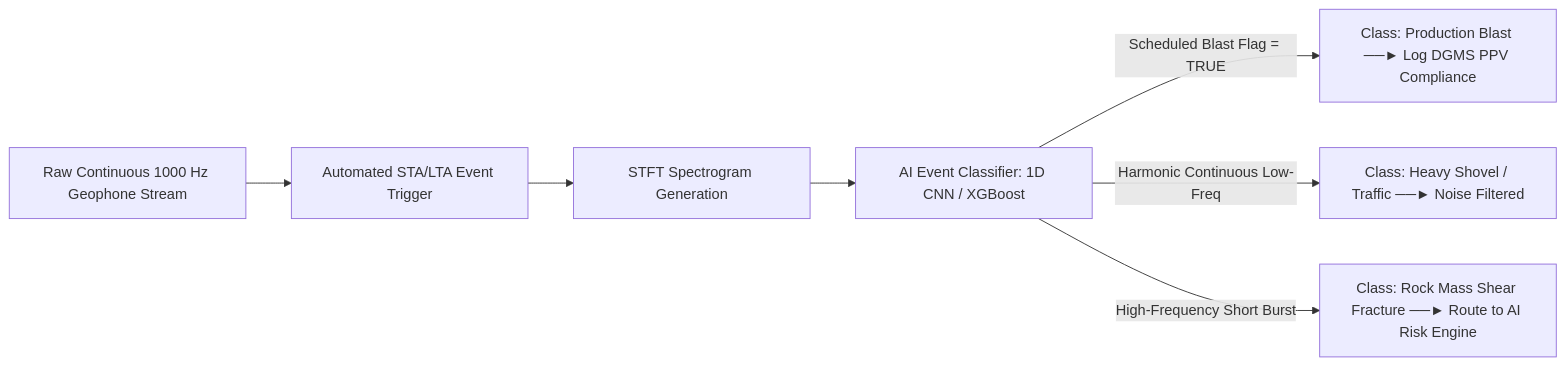
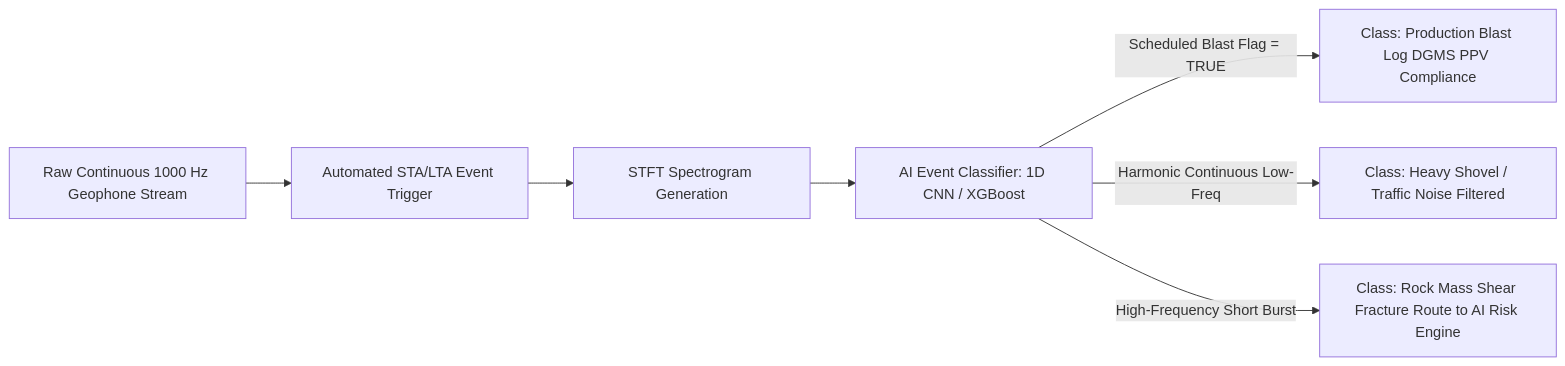
One commit to angelverman2021-a11y/Report changed the third of 8 diagrams in docs/16_Seismic_Vibration_Sensors.md. Above: the diagram before and after it, drawn with Mermaid. The commit also changed other lines of this file and 32 other files, not shown here.

````diff
--- a/docs/16_Seismic_Vibration_Sensors.md
+++ b/docs/16_Seismic_Vibration_Sensors.md
@@ -226,9 +226,9 @@
 ```mermaid
 flowchart LR
-    RAW[Raw Continuous 1000 Hz Geophone Stream] --> STA_LTA[Automated STA/LTA Event Trigger]
-    STA_LTA --> SPECTRAL[STFT Spectrogram Generation]
-    SPECTRAL --> CNN_ML[AI Event Classifier: 1D CNN / XGBoost]
-    CNN_ML -->|Scheduled Blast Flag = TRUE| BLAST[Class: Production Blast ──► Log DGMS PPV Compliance]
-    CNN_ML -->|Harmonic Continuous Low-Freq| MACH[Class: Heavy Shovel / Traffic ──► Noise Filtered]
-    CNN_ML -->|High-Frequency Short Burst| FRACT[Class: Rock Mass Shear Fracture ──► Route to AI Risk Engine]
+ RAW[Raw Continuous 1000 Hz Geophone Stream] --> STA_LTA[Automated STA/LTA Event Trigger]
+ STA_LTA --> SPECTRAL[STFT Spectrogram Generation]
+ SPECTRAL --> CNN_ML[AI Event Classifier: 1D CNN / XGBoost]
+ CNN_ML -->|Scheduled Blast Flag = TRUE| BLAST[Class: Production Blast Log DGMS PPV Compliance]
+ CNN_ML -->|Harmonic Continuous Low-Freq| MACH[Class: Heavy Shovel / Traffic Noise Filtered]
+ CNN_ML -->|High-Frequency Short Burst| FRACT[Class: Rock Mass Shear Fracture Route to AI Risk Engine]
 ```
````
